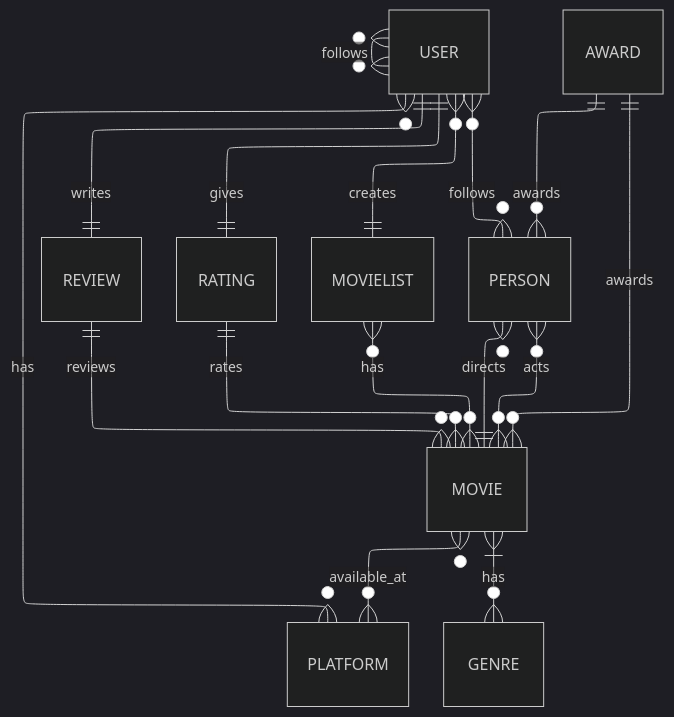
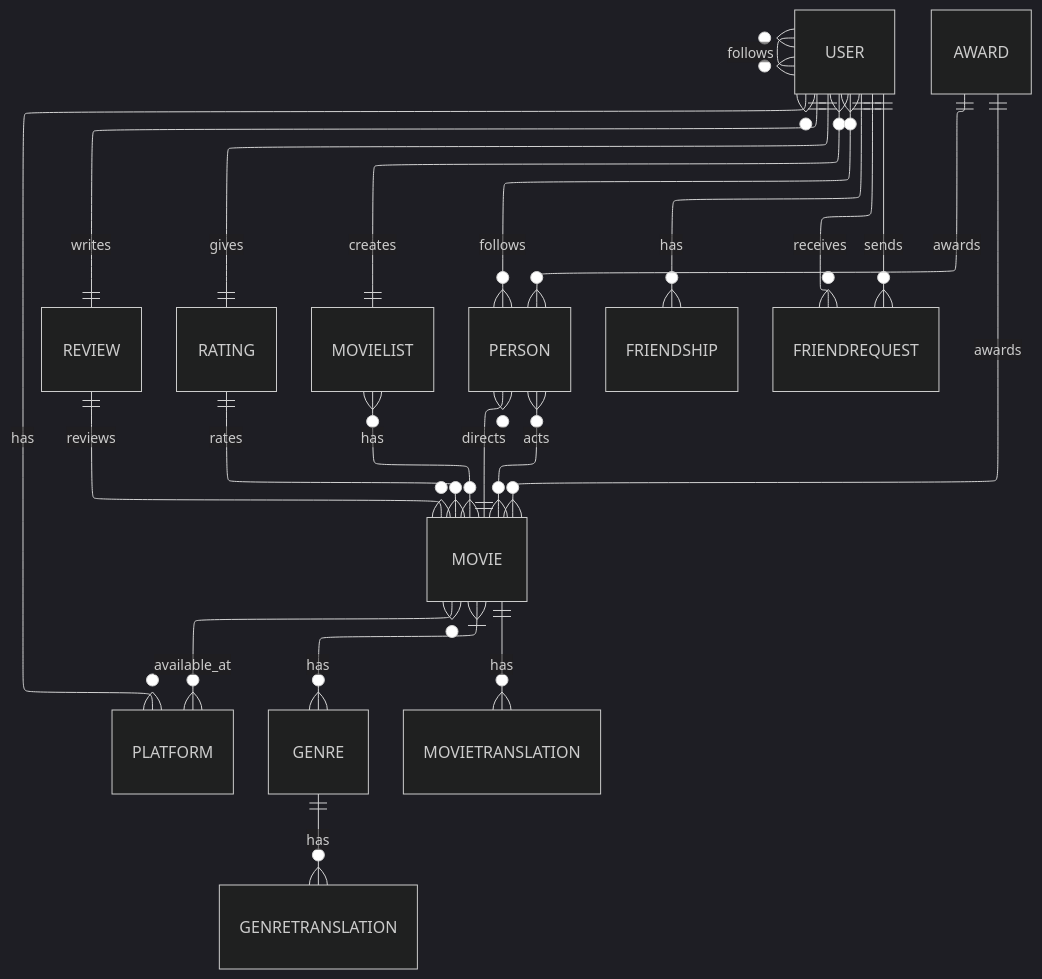
One commit to moviesxmovies/MoviesXMovies changed the first of 2 diagrams in docs/diagrams.md. Above: the diagram before and after it, drawn with Mermaid (dark theme). The commit also changed other lines of this file and 1 other file, not shown here.

Commit message:
docs: updated diagram

````diff
--- a/docs/diagrams.md
+++ b/docs/diagrams.md
@@ -8,23 +8,28 @@
 ```mermaid
 ---
 config:
   layout: elk
 ---
 
 erDiagram
     USER }o--o{ USER: follows
     USER ||--|| REVIEW: writes
     USER ||--|| RATING: gives
     USER }o--|| MOVIELIST: creates
     USER }o--o{ PERSON: follows
     USER }o--o{ PLATFORM: has
+    USER ||--o{ FRIENDSHIP: has
+    USER ||--o{ FRIENDREQUEST: sends
+    USER ||--o{ FRIENDREQUEST: receives
     PERSON }o--|| MOVIE: directs
     PERSON }o--o{ MOVIE: acts
     MOVIE }|--o{ GENRE: has
     MOVIE }o--o{ PLATFORM: available_at
+    MOVIE ||--o{ MOVIETRANSLATION: has
     AWARD ||--o{ MOVIE: awards
     AWARD ||--o{ PERSON: awards
     MOVIELIST }o--o{ MOVIE: has
     RATING ||--o{ MOVIE: rates
     REVIEW ||--o{ MOVIE: reviews
+    GENRE ||--o{ GENRETRANSLATION: has
 ```
````
